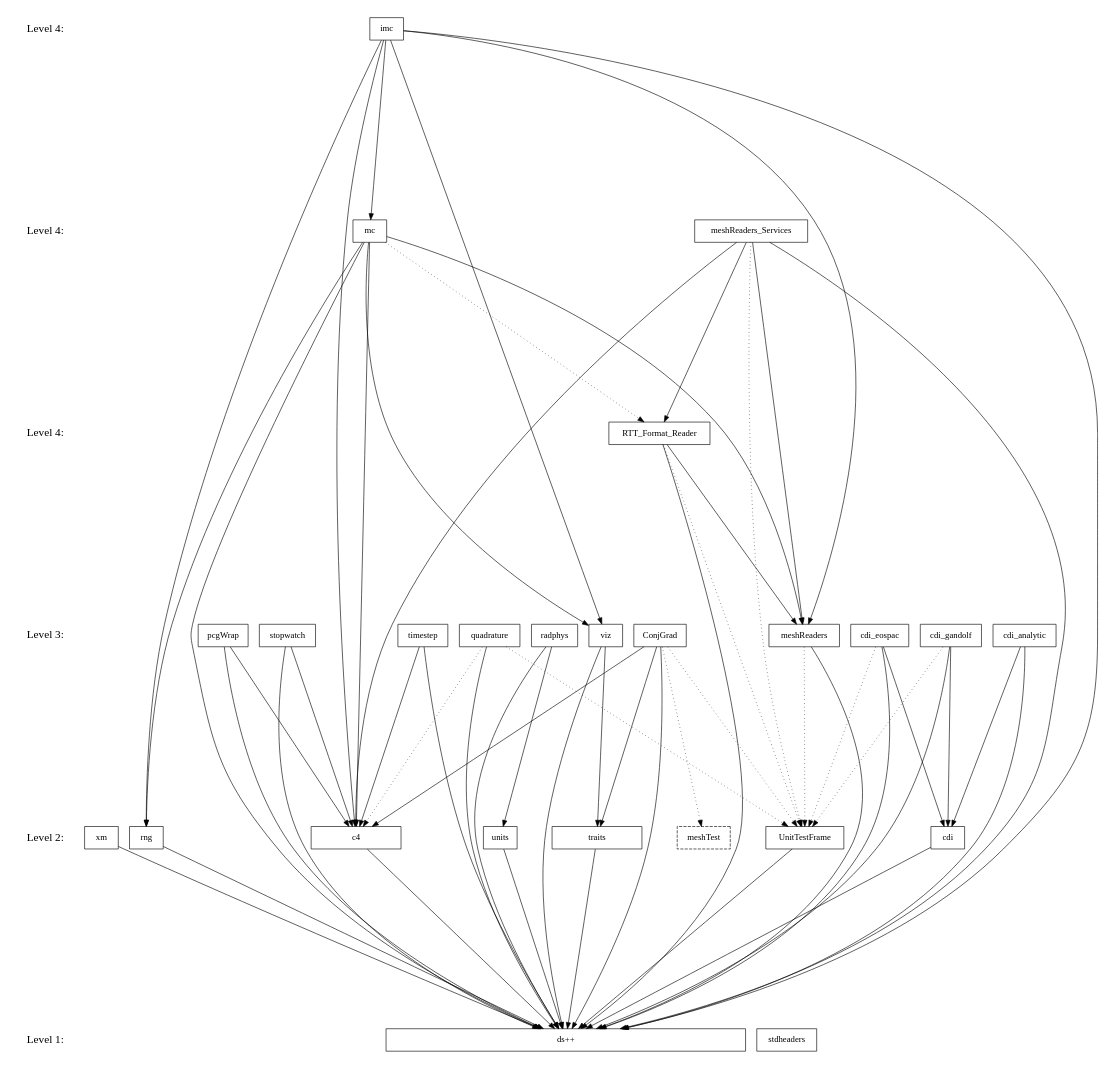
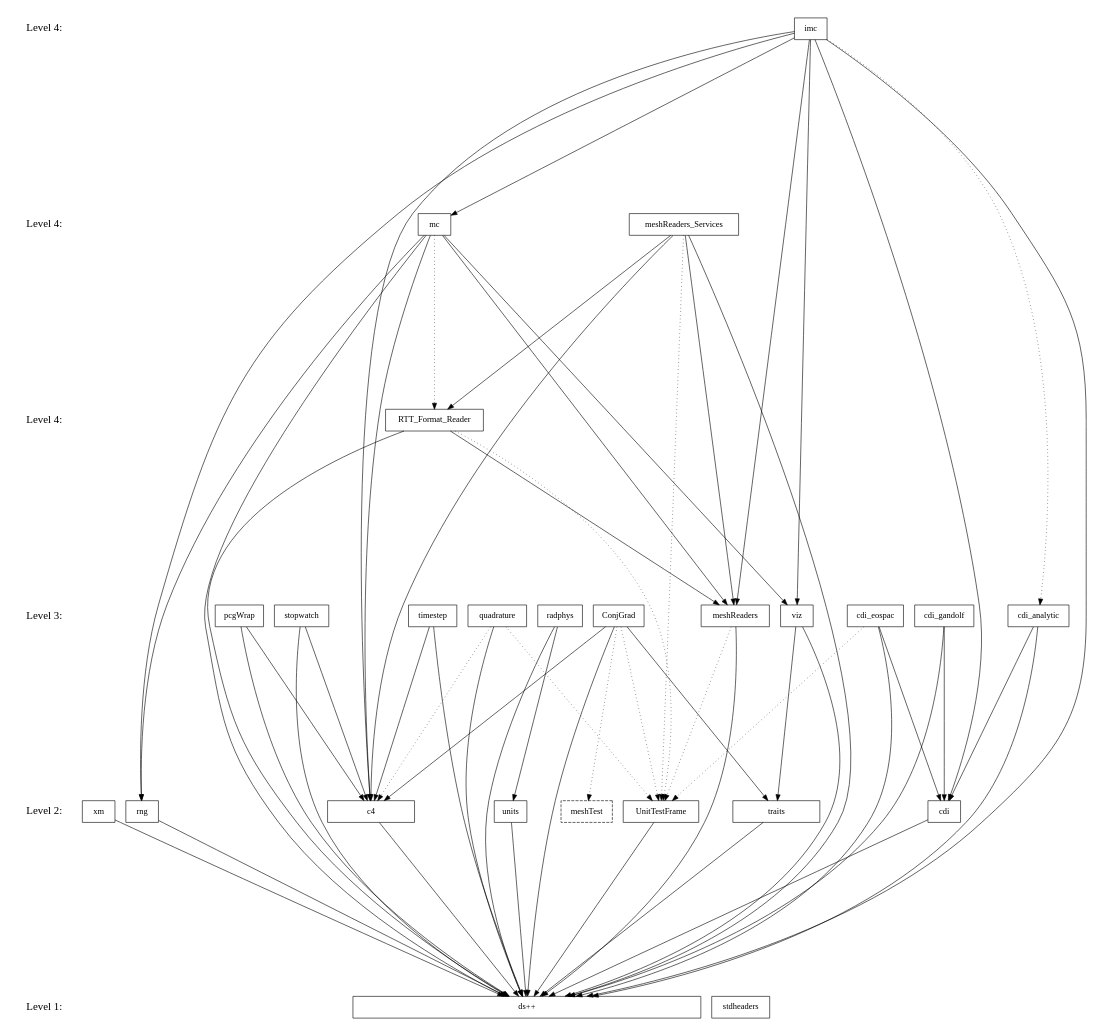
Before and after one commit to losalamos/Draco: the diagram in doc/design/level.dot, drawn with Graphviz. The commit also changed 1 other file, not shown here.

Commit message:
Update to draco levelization diagram. QED

```diff
--- a/doc/design/level.dot
+++ b/doc/design/level.dot
@@ -1,107 +1,107 @@
 digraph draco_level {
     /* graph attributes */
     center=1;
     size="7.5,10";
     ranksep=4;
     
     /* levels */
     level1 [shape=plaintext, label="Level 1:", fontsize=18];
     level2 [shape=plaintext, label="Level 2:", fontsize=18];
     level3 [shape=plaintext, label="Level 3:", fontsize=18];
     level4 [shape=plaintext, label="Level 4:", fontsize=18];
     level5 [shape=plaintext, label="Level 4:", fontsize=18];
     level6 [shape=plaintext, label="Level 4:", fontsize=18];
     
     level6 -> level5 -> level4 -> level3 -> level2 -> level1 [style=invis];
     
     /* packages */
     
     /* level 1 */
     dsxx [shape=box, label="ds++", width=8];
     stdheaders [shape=box, label="stdheaders"];
     
     /* level 2 */
     traits [shape=box, label="traits" width=2];
     xm [shape=box, label="xm"];
     c4 [shape=box, label="c4", width=2];
     rng [shape=box, label="rng"];
     units [shape=box, label="units"];
     frame [shape=box, label="UnitTestFrame"];
     cdi [shape=box, label="cdi"];
     
     meshtest [shape=box, label="meshTest", style=dashed];
     
     /* level 3 */
     viz [shape=box, label="viz"];
     radphys [shape=box, label="radphys"];
     timestep [shape=box, label="timestep"];
     quad [shape=box, label="quadrature"];
     meshread [shape=box, label="meshReaders"];
     cdianal [shape=box, label="cdi_analytic"];
     cdieos [shape=box, label="cdi_eospac"];
     cdigan [shape=box, label="cdi_gandolf"];
     conjgrad [shape=box, label="ConjGrad"];
     pcg [shape=box, label="pcgWrap"];
     stop [shape=box, label="stopwatch"];
     
     /* level 4 */
     rttread [shape=box, label="RTT_Format_Reader"];
 
     /* level 5 */
     mc [shape=box, label="mc"];
     meshservice [shape=box, label="meshReaders_Services"];
 
     /* level 6 */
     imc [shape=box, label="imc"];
     
     /* dependencies */
     {rank=same; level1 stdheaders dsxx};
     {rank=same; level2 traits xm c4 rng units frame cdi};
     {rank=same; level3 viz radphys timestep quad meshread cdianal cdieos cdigan conjgrad pcg stop};
     {rank=same; level4 rttread};
     {rank=same; level5 mc meshservice};
     {rank=same; level6 imc};
     
     /* draco packages */
     
     /* level 2 */
     xm          -> {dsxx};
     units       -> {dsxx};
     traits      -> {dsxx};
     c4          -> {dsxx};
     frame       -> {dsxx};
     rng         -> {dsxx};
     cdi         -> {dsxx};
     
     
     /* level 3 */
     viz         -> {traits dsxx};
     timestep    -> {c4 dsxx};
     stop        -> {c4 dsxx};
     radphys     -> {units dsxx};
     pcg         -> {c4 dsxx};
     cdianal     -> {cdi dsxx};
     meshread    -> {dsxx};
     meshread    -> {frame} [style=dotted];
     cdieos      -> {cdi dsxx};
     cdieos      -> {frame} [style=dotted];
     cdigan      -> {cdi dsxx};
-    cdigan      -> {frame} [style=dotted];
     conjgrad    -> {traits c4 dsxx};
     conjgrad    -> {frame meshtest} [style=dotted];
     quad        -> {dsxx};
     quad        -> {c4 frame} [style=dotted];
 
     /* level 4 */
     rttread     -> {meshread dsxx};
     rttread     -> {frame} [style=dotted];
 
     /* level 5 */
     mc          -> {viz meshread rng c4 dsxx};
     mc          -> {rttread} [style=dotted];
     meshservice -> {rttread meshread c4 dsxx};
     meshservice -> {frame} [style=dotted];
 
     /* level 6 */
-    imc         -> {mc viz meshread rng c4 dsxx};
+    imc         -> {mc viz meshread cdi rng c4 dsxx};
+    imc         -> {cdianal} [style=dotted];
 }
```
